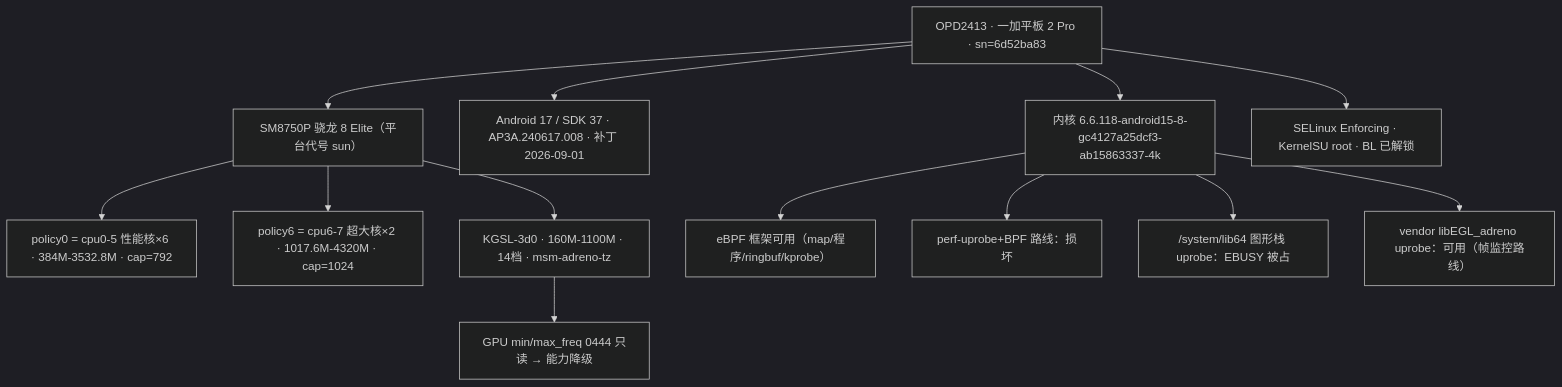
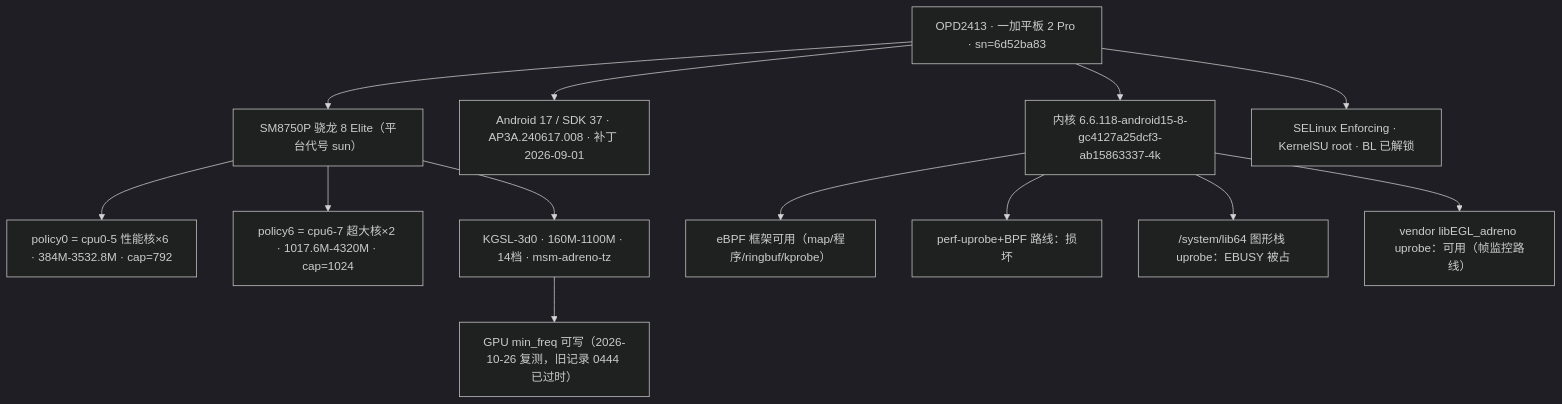
Before and after one commit to VVVWFVVV/yigediaodu: the diagram in docs/device-tree-6d52ba83.md, drawn with Mermaid (dark theme). The commit also changed other lines of this file and 37 other files, not shown here.

````diff
--- a/docs/device-tree-6d52ba83.md
+++ b/docs/device-tree-6d52ba83.md
@@ -10,15 +12,15 @@
 ```mermaid
 flowchart TD
     DEV["OPD2413 · 一加平板 2 Pro · sn=6d52ba83"] --> SOC["SM8750P 骁龙 8 Elite（平台代号 sun）"]
     DEV --> OS["Android 17 / SDK 37 · AP3A.240617.008 · 补丁 2026-09-01"]
     DEV --> KER["内核 6.6.118-android15-8-gc4127a25dcf3-ab15863337-4k"]
     DEV --> SEC["SELinux Enforcing · KernelSU root · BL 已解锁"]
     SOC --> CPU0["policy0 = cpu0-5 性能核×6 · 384M-3532.8M · cap=792"]
     SOC --> CPU6["policy6 = cpu6-7 超大核×2 · 1017.6M-4320M · cap=1024"]
     SOC --> GPU["KGSL-3d0 · 160M-1100M · 14档 · msm-adreno-tz"]
     KER --> BPF["eBPF 框架可用（map/程序/ringbuf/kprobe）"]
     KER --> BAD["perf-uprobe+BPF 路线：损坏"]
     KER --> EGLB["/system/lib64 图形栈 uprobe：EBUSY 被占"]
     KER --> ADR["vendor libEGL_adreno uprobe：可用（帧监控路线）"]
-    GPU --> GPUP["GPU min/max_freq 0444 只读 → 能力降级"]
+    GPU --> GPUP["GPU min_freq 可写（2026-10-26 复测，旧记录 0444 已过时）"]
 ```
````
